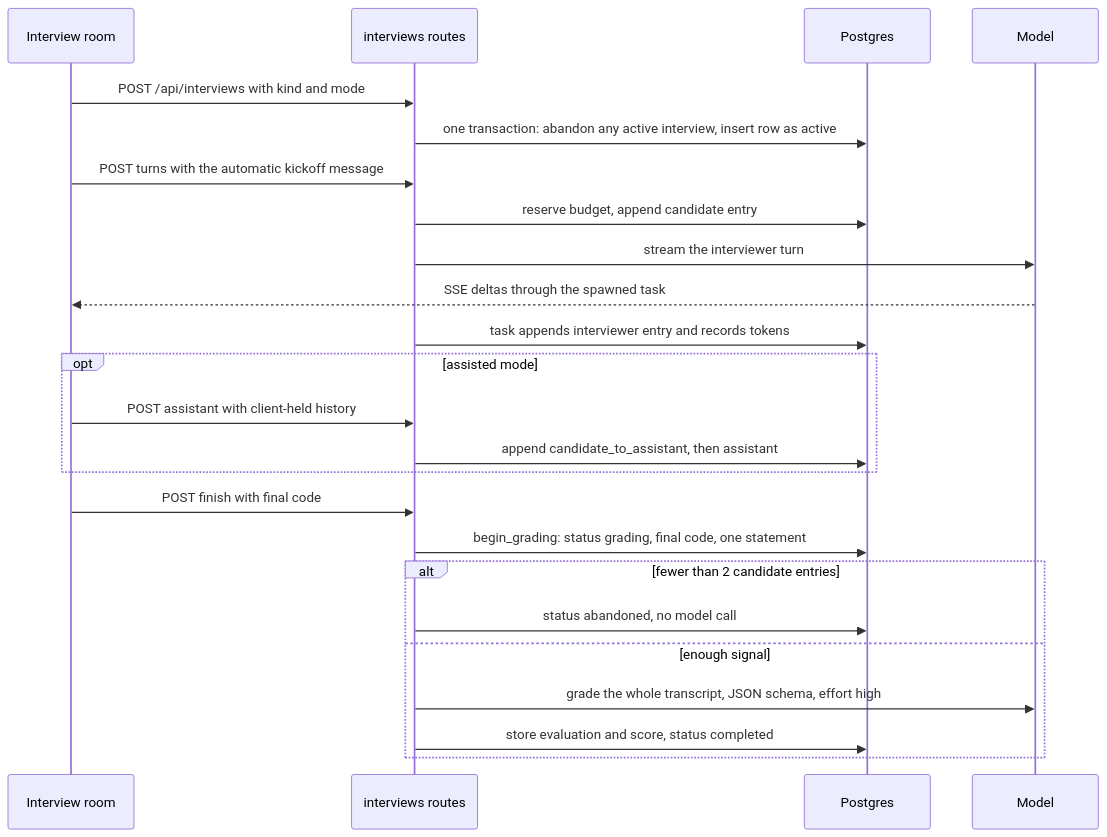
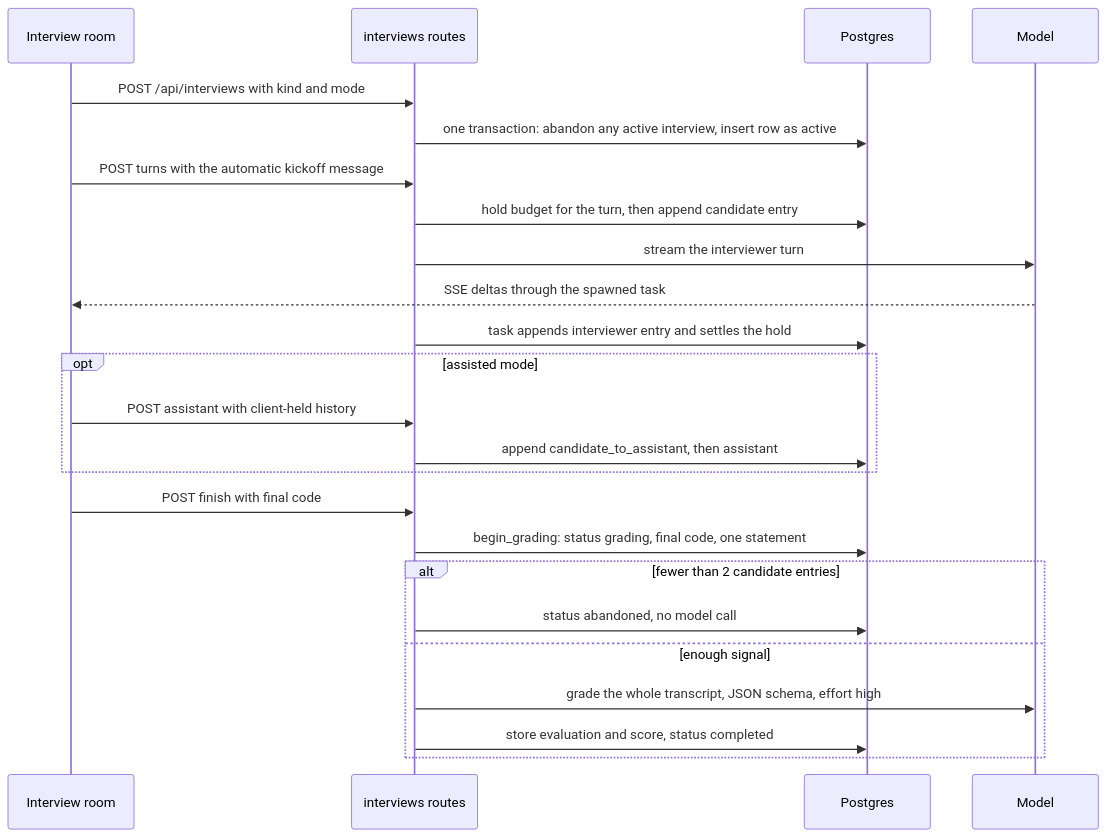
Before and after one commit to thull32/ascend: the first of 2 diagrams in content/tracks/14-case-study-ascend/02-product-systems/02-designing-mock-interviews.md, drawn with Mermaid. The commit also changed other lines of this file and 48 other files, not shown here.

````diff
--- a/content/tracks/14-case-study-ascend/02-product-systems/02-designing-mock-interviews.md
+++ b/content/tracks/14-case-study-ascend/02-product-systems/02-designing-mock-interviews.md
@@ -281,26 +281,26 @@
 ```mermaid
 sequenceDiagram
   participant C as Interview room
   participant API as interviews routes
   participant DB as Postgres
   participant M as Model
   C->>API: POST /api/interviews with kind and mode
   API->>DB: one transaction: abandon any active interview, insert row as active
   C->>API: POST turns with the automatic kickoff message
-  API->>DB: reserve budget, append candidate entry
+  API->>DB: hold budget for the turn, then append candidate entry
   API->>M: stream the interviewer turn
   M-->>C: SSE deltas through the spawned task
-  API->>DB: task appends interviewer entry and records tokens
+  API->>DB: task appends interviewer entry and settles the hold
   opt assisted mode
     C->>API: POST assistant with client-held history
     API->>DB: append candidate_to_assistant, then assistant
   end
   C->>API: POST finish with final code
   API->>DB: begin_grading: status grading, final code, one statement
   alt fewer than 2 candidate entries
     API->>DB: status abandoned, no model call
   else enough signal
     API->>M: grade the whole transcript, JSON schema, effort high
     API->>DB: store evaluation and score, status completed
   end
 ```
````
